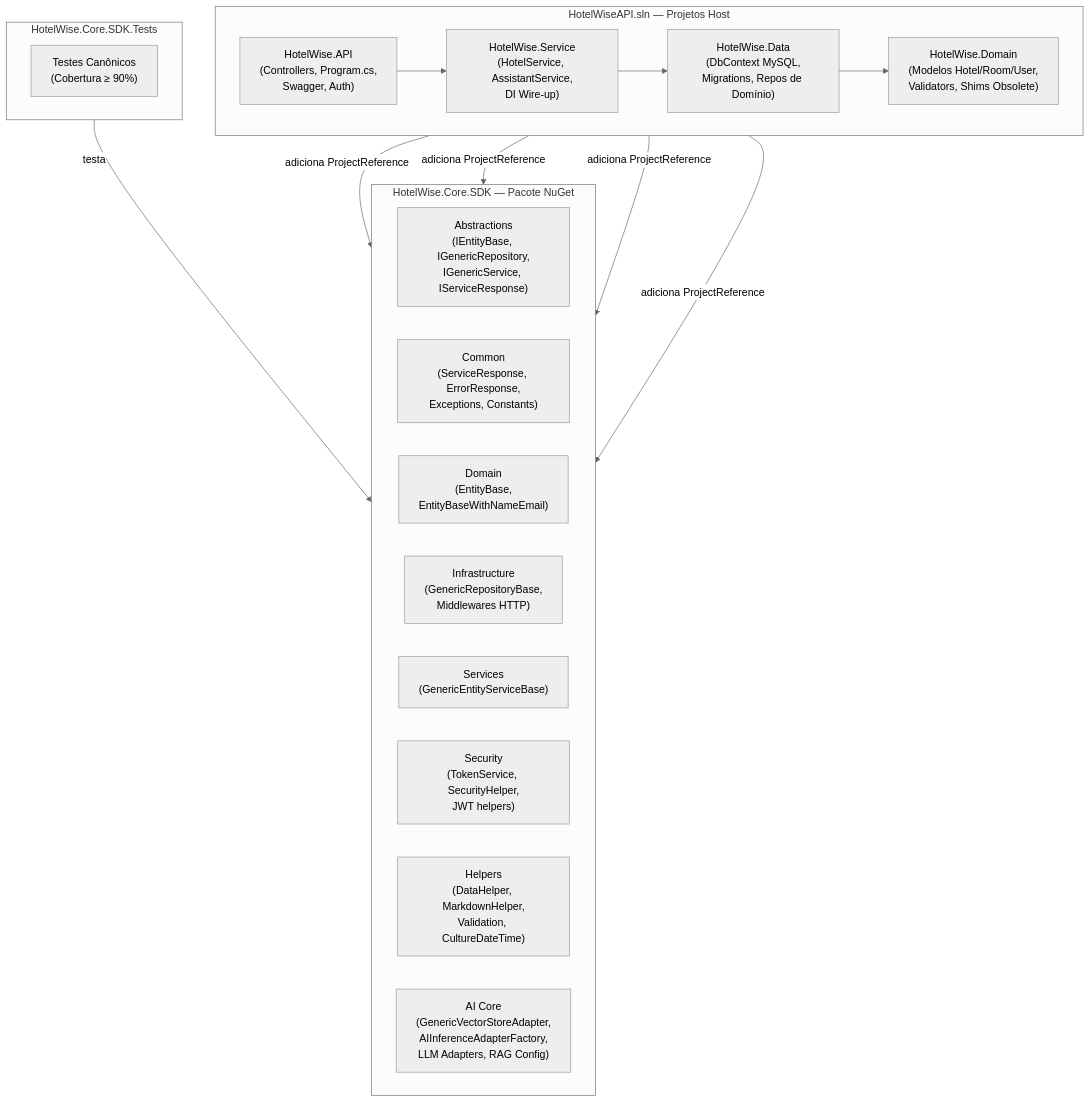
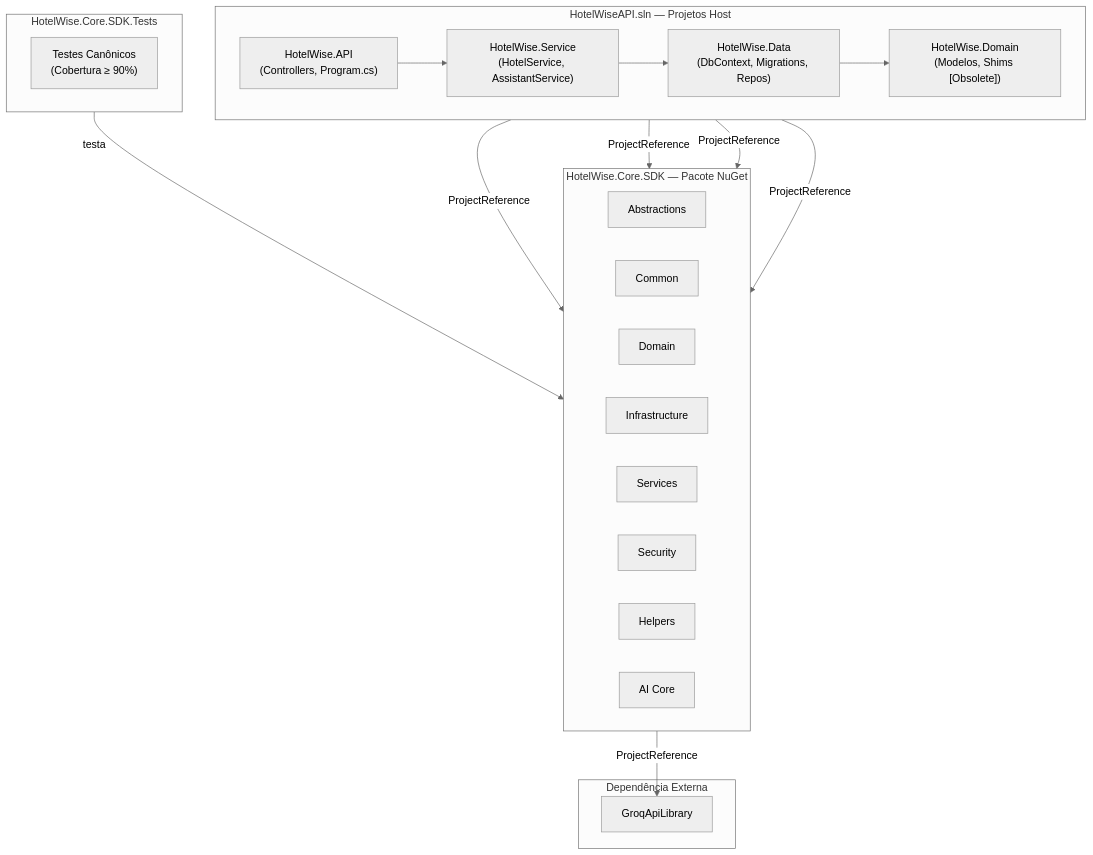
The first of 2 diagrams in DOCUMENTACAO/HotelWise.Core.SDK/HotelWise.Core.SDK.Levantamento.md (LeoneRocha/HotelWiseAPI), drawn with Mermaid (neutral theme) before and after one commit. The commit also changed other lines of this file and 6 other files, not shown here.

Commit message:
docs: add technical documentation and implementation plans for the HotelWise.Core.SDK project architecture

````diff
--- a/DOCUMENTACAO/HotelWise.Core.SDK/HotelWise.Core.SDK.Levantamento.md
+++ b/DOCUMENTACAO/HotelWise.Core.SDK/HotelWise.Core.SDK.Levantamento.md
@@ -304,35 +424,40 @@
 ```mermaid
 flowchart TB
   subgraph SDK ["HotelWise.Core.SDK — Pacote NuGet"]
     direction LR
-    Abs["Abstractions\n(IEntityBase, IGenericRepository,\nIGenericService, IServiceResponse)"]
-    Com["Common\n(ServiceResponse, ErrorResponse,\nExceptions, Constants)"]
-    Dom["Domain\n(EntityBase,\nEntityBaseWithNameEmail)"]
-    Inf["Infrastructure\n(GenericRepositoryBase,\nMiddlewares HTTP)"]
-    Svc["Services\n(GenericEntityServiceBase)"]
-    Sec["Security\n(TokenService, SecurityHelper,\nJWT helpers)"]
-    Hlp["Helpers\n(DataHelper, MarkdownHelper,\nValidation, CultureDateTime)"]
-    AI["AI Core\n(GenericVectorStoreAdapter,\nAIInferenceAdapterFactory,\nLLM Adapters, RAG Config)"]
+    Abs["Abstractions"]
+    Com["Common"]
+    Dom["Domain"]
+    Inf["Infrastructure"]
+    Svc["Services"]
+    Sec["Security"]
+    Hlp["Helpers"]
+    AI["AI Core"]
   end
 
   subgraph Host ["HotelWiseAPI.sln — Projetos Host"]
     direction LR
-    DomH["HotelWise.Domain\n(Modelos Hotel/Room/User,\nValidators, Shims Obsolete)"]
-    DataH["HotelWise.Data\n(DbContext MySQL,\nMigrations, Repos de Domínio)"]
-    SvcH["HotelWise.Service\n(HotelService, AssistantService,\nDI Wire-up)"]
-    ApiH["HotelWise.API\n(Controllers, Program.cs,\nSwagger, Auth)"]
+    DomH["HotelWise.Domain\n(Modelos, Shims [Obsolete])"]
+    DataH["HotelWise.Data\n(DbContext, Migrations, Repos)"]
+    SvcH["HotelWise.Service\n(HotelService, AssistantService)"]
+    ApiH["HotelWise.API\n(Controllers, Program.cs)"]
+  end
+
+  subgraph Ext ["Dependência Externa"]
+    Groq["GroqApiLibrary"]
   end
 
   subgraph Tests ["HotelWise.Core.SDK.Tests"]
     T["Testes Canônicos\n(Cobertura ≥ 90%)"]
   end
 
-  DomH -->|"adiciona ProjectReference"| SDK
-  DataH -->|"adiciona ProjectReference"| SDK
-  SvcH -->|"adiciona ProjectReference"| SDK
-  ApiH -->|"adiciona ProjectReference"| SDK
-  Tests -->|"testa"| SDK
+  DomH -->|ProjectReference| SDK
+  DataH -->|ProjectReference| SDK
+  SvcH -->|ProjectReference| SDK
+  ApiH -->|ProjectReference| SDK
+  SDK -->|ProjectReference| Groq
+  Tests -->|testa| SDK
   DataH --> DomH
   SvcH --> DataH
   ApiH --> SvcH
 ```
````
